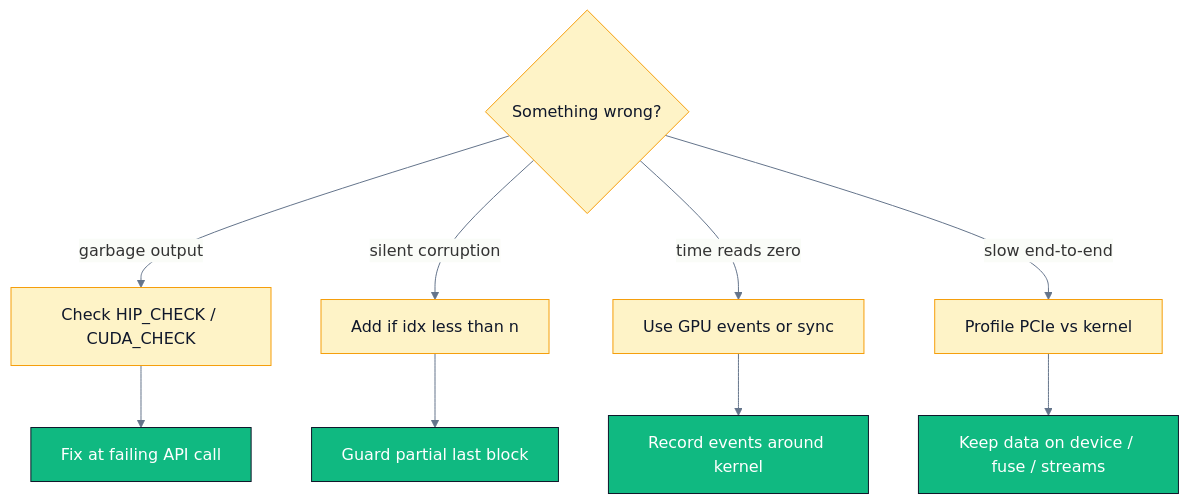
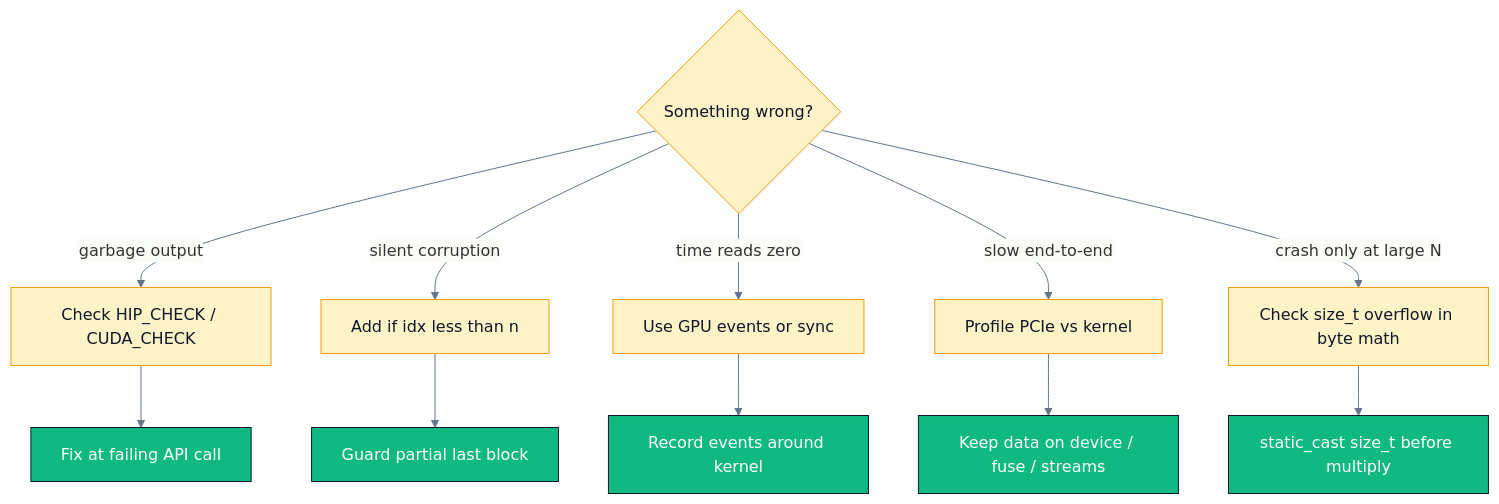
One commit to gahan9/ParallelProgramming changed the fifth of 5 diagrams in tracks/A-gpu-programming/A01.foundations-and-programming-model/README.md. Above: the diagram before and after it, drawn with Mermaid. The commit also changed other lines of this file and 2 other files, not shown here.

First line of the commit message:
Add overflow-safe size-math reference note and sample sandbox outputs to A01

````diff
--- a/tracks/A-gpu-programming/A01.foundations-and-programming-model/README.md
+++ b/tracks/A-gpu-programming/A01.foundations-and-programming-model/README.md
@@ -349,20 +349,22 @@
 ```mermaid
 %%{init: {'theme': 'base', 'themeVariables': {'primaryColor': '#F8FAFC', 'primaryBorderColor': '#0891B2', 'lineColor': '#64748B'}}}%%
 flowchart TD
   BUG{"Something wrong?"}
   BUG -->|garbage output| E1["Check HIP_CHECK / CUDA_CHECK"]
   BUG -->|silent corruption| E2["Add if idx less than n"]
   BUG -->|time reads zero| E3["Use GPU events or sync"]
   BUG -->|slow end-to-end| E4["Profile PCIe vs kernel"]
+  BUG -->|crash only at large N| E5["Check size_t overflow in byte math"]
 
   E1 --> FIX1["Fix at failing API call"]
   E2 --> FIX2["Guard partial last block"]
   E3 --> FIX3["Record events around kernel"]
   E4 --> FIX4["Keep data on device / fuse / streams"]
+  E5 --> FIX5["static_cast size_t before multiply"]
 
   classDef warn fill:#FEF3C7,stroke:#F59E0B,color:#0F172A
   classDef success fill:#10B981,stroke:#0F172A,color:#fff
   class BUG warn
-  class E1,E2,E3,E4 warn
-  class FIX1,FIX2,FIX3,FIX4 success
+  class E1,E2,E3,E4,E5 warn
+  class FIX1,FIX2,FIX3,FIX4,FIX5 success
 ```
````
